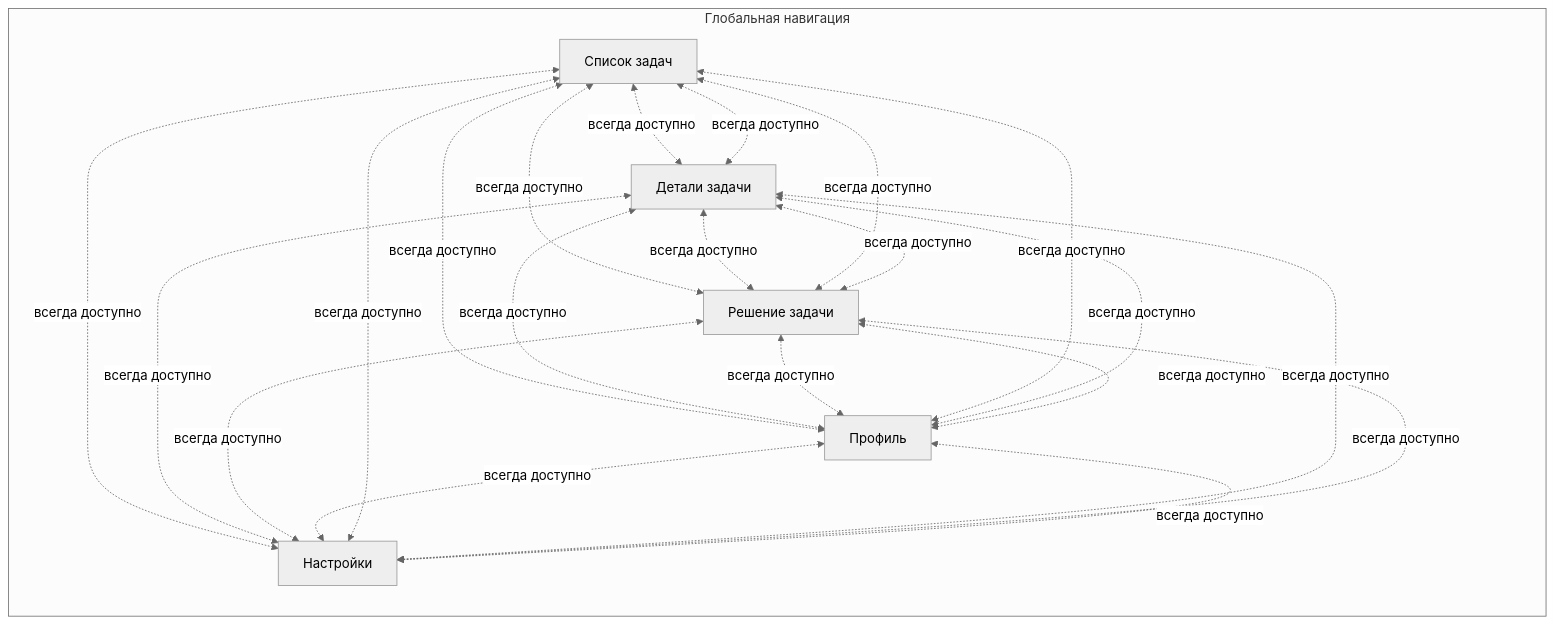
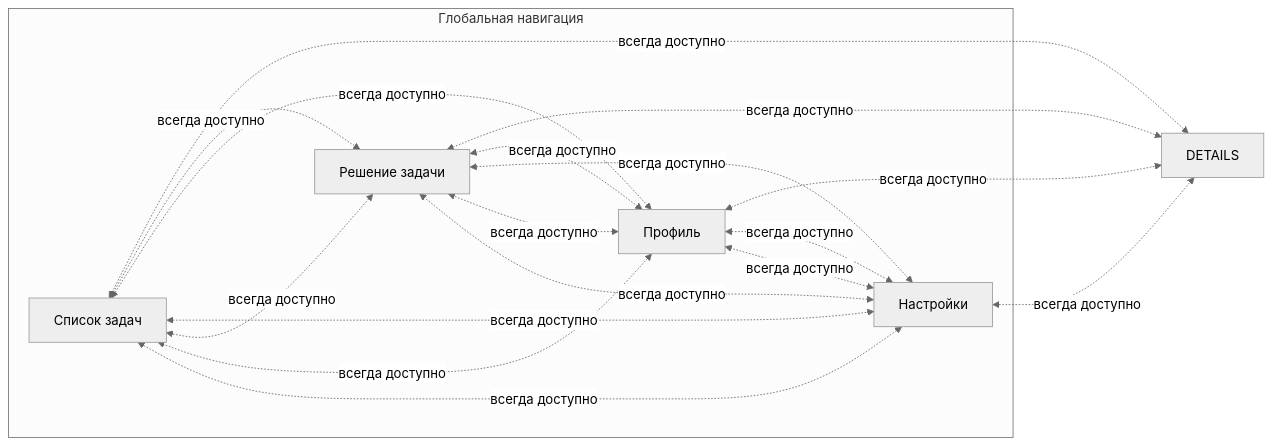
One commit to A1eksMa/PracticeRaptor changed the second of 3 diagrams in ux/information_architecture/sitemap.md. Above: the diagram before and after it, drawn with Mermaid (neutral theme).

````diff
--- a/ux/information_architecture/sitemap.md
+++ b/ux/information_architecture/sitemap.md
@@ -154,32 +154,27 @@
 ```mermaid
 flowchart LR
     subgraph GLOBAL[Глобальная навигация]
         LIST[Список задач]
-        DETAILS[Детали задачи]
         SOLVE[Решение задачи]
         PROFILE[Профиль]
         SETTINGS[Настройки]
 
     end
 
     LIST <-.->|всегда доступно| DETAILS
     LIST <-.->|всегда доступно| SOLVE
     LIST <-.->|всегда доступно| PROFILE
     LIST <-.->|всегда доступно| SETTINGS
-    DETAILS <-.->|всегда доступно| LIST
-    DETAILS <-.->|всегда доступно| SOLVE
-    DETAILS <-.->|всегда доступно| PROFILE
-    DETAILS <-.->|всегда доступно| SETTINGS
     SOLVE <-.->|всегда доступно| LIST
     SOLVE <-.->|всегда доступно| DETAILS
     SOLVE <-.->|всегда доступно| PROFILE
     SOLVE <-.->|всегда доступно| SETTINGS
     PROFILE <-.->|всегда доступно| LIST
     PROFILE <-.->|всегда доступно| DETAILS
     PROFILE <-.->|всегда доступно| SOLVE
     PROFILE <-.->|всегда доступно| SETTINGS
     SETTINGS <-.->|всегда доступно| LIST
     SETTINGS <-.->|всегда доступно| DETAILS
     SETTINGS <-.->|всегда доступно| SOLVE
     SETTINGS <-.->|всегда доступно| PROFILE
 ```
````
